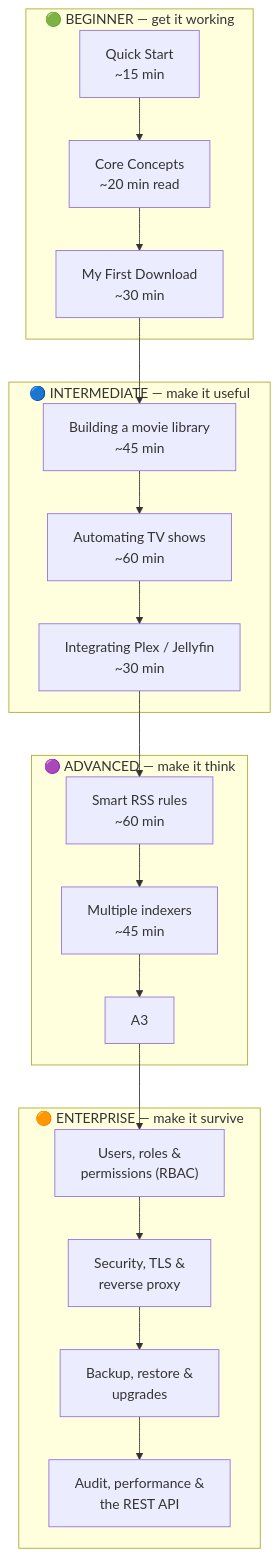
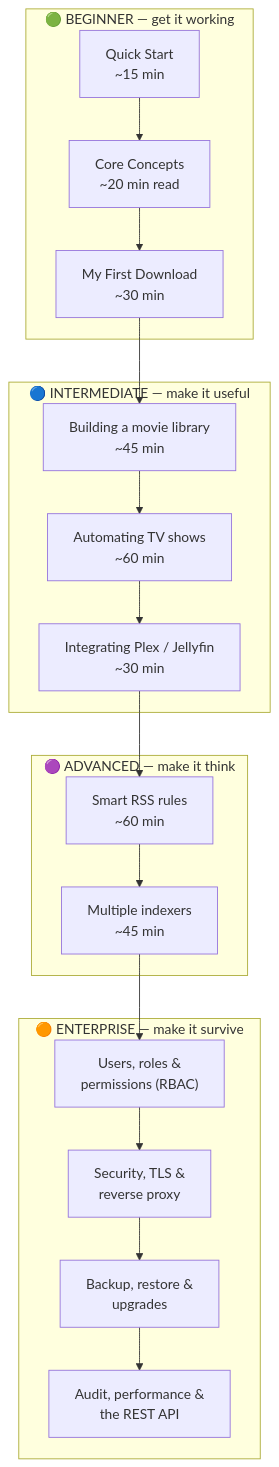
Before and after one commit to damirabal/ultratorrent-core: the first of 2 diagrams in website/docs/learn/tutorials/index.md, drawn with Mermaid. The commit also changed other lines of this file and 63 other files, not shown here.

````diff
--- a/website/docs/learn/tutorials/index.md
+++ b/website/docs/learn/tutorials/index.md
@@ -26,34 +26,34 @@
 ```mermaid
 flowchart TB
   subgraph B["🟢 BEGINNER — get it working"]
     B1["Quick Start<br/>~15 min"]
     B2["Core Concepts<br/>~20 min read"]
     B3["My First Download<br/>~30 min"]
     B1 --> B2 --> B3
   end
 
   subgraph I["🔵 INTERMEDIATE — make it useful"]
     I1["Building a movie library<br/>~45 min"]
     I2["Automating TV shows<br/>~60 min"]
     I3["Integrating Plex / Jellyfin<br/>~30 min"]
     I1 --> I2 --> I3
   end
 
   subgraph A["🟣 ADVANCED — make it think"]
     A1["Smart RSS rules<br/>~60 min"]
     A2["Multiple indexers<br/>~45 min"]
-    A1 --> A2 --> A3
+    A1 --> A2
   end
 
   subgraph E["🟠 ENTERPRISE — make it survive"]
     E1["Users, roles &<br/>permissions (RBAC)"]
     E2["Security, TLS &<br/>reverse proxy"]
     E3["Backup, restore &<br/>upgrades"]
     E4["Audit, performance &<br/>the REST API"]
     E1 --> E2 --> E3 --> E4
   end
 
   B3 --> I1
   I3 --> A1
-  A3 --> E1
+  A2 --> E1
 ```
````
